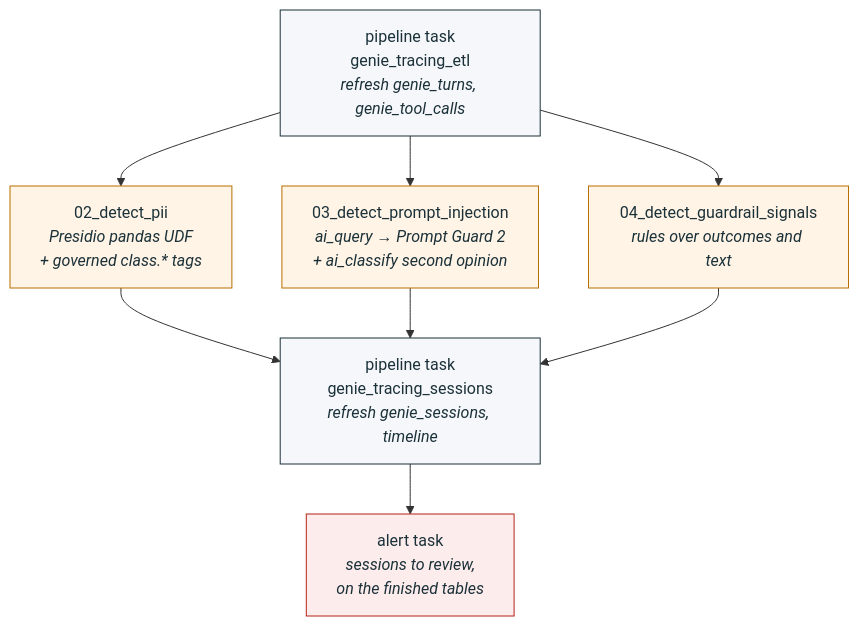
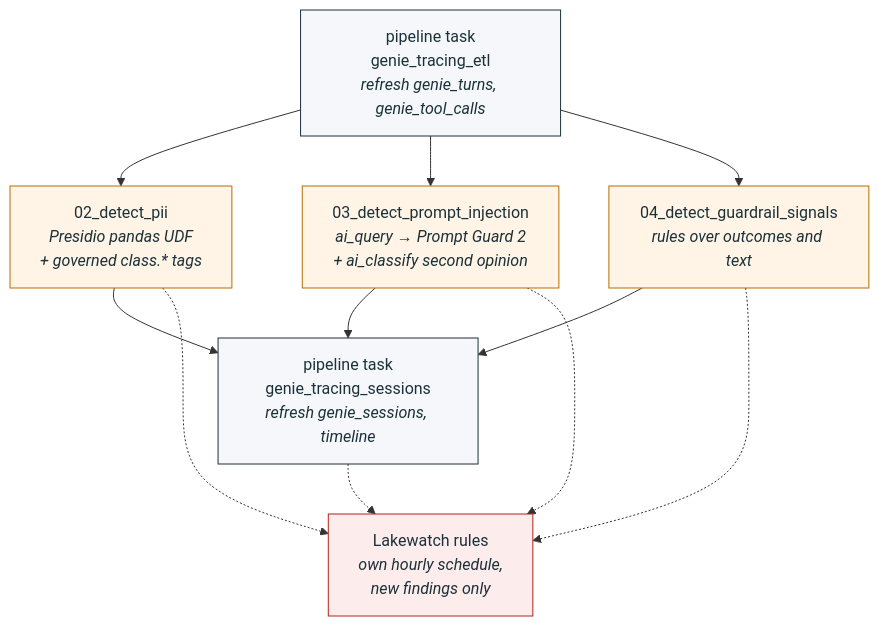
The first of 2 diagrams in README.md (andyweaves/genie-trace-monitoring), drawn with Mermaid before and after one commit. The commit also changed other lines of this file and 13 other files, not shown here.

First line of the commit message:
Promote detections to Lakewatch detection rules with MITRE mapping

````diff
--- a/README.md
+++ b/README.md
@@ -59,24 +62,27 @@
 ```mermaid
 flowchart TD
     etl["pipeline task<br/>genie_tracing_etl<br/><i>refresh genie_turns, genie_tool_calls</i>"]
     pii["02_detect_pii<br/><i>Presidio pandas UDF<br/>+ governed class.* tags</i>"]
     inj["03_detect_prompt_injection<br/><i>ai_query → Prompt Guard 2<br/>+ ai_classify second opinion</i>"]
     gr["04_detect_guardrail_signals<br/><i>rules over outcomes and text</i>"]
     sess["pipeline task<br/>genie_tracing_sessions<br/><i>refresh genie_sessions, timeline</i>"]
-    al["alert task<br/><i>sessions to review,<br/>on the finished tables</i>"]
+    al["Lakewatch rules<br/><i>own hourly schedule,<br/>new findings only</i>"]
 
     etl --> pii
     etl --> inj
     etl --> gr
     pii --> sess
     inj --> sess
     gr --> sess
-    sess --> al
+    sess -.-> al
+    pii -.-> al
+    inj -.-> al
+    gr -.-> al
 
     classDef pipe fill:#f5f7fa,stroke:#1b3139,color:#1b3139
     classDef nb fill:#fff4e5,stroke:#b86e00,color:#1b3139
     classDef alert fill:#fdecec,stroke:#b42318,color:#1b3139
     class etl,sess pipe
     class pii,inj,gr nb
     class al alert
 ```
````
